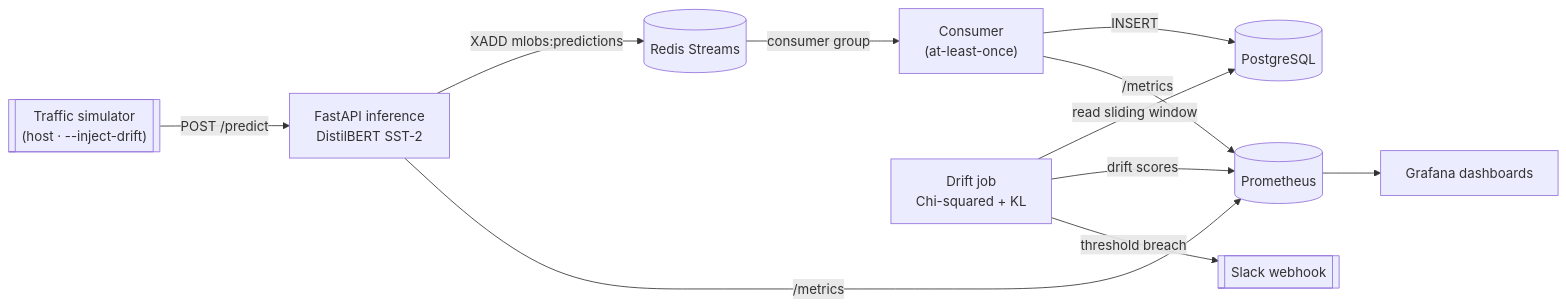
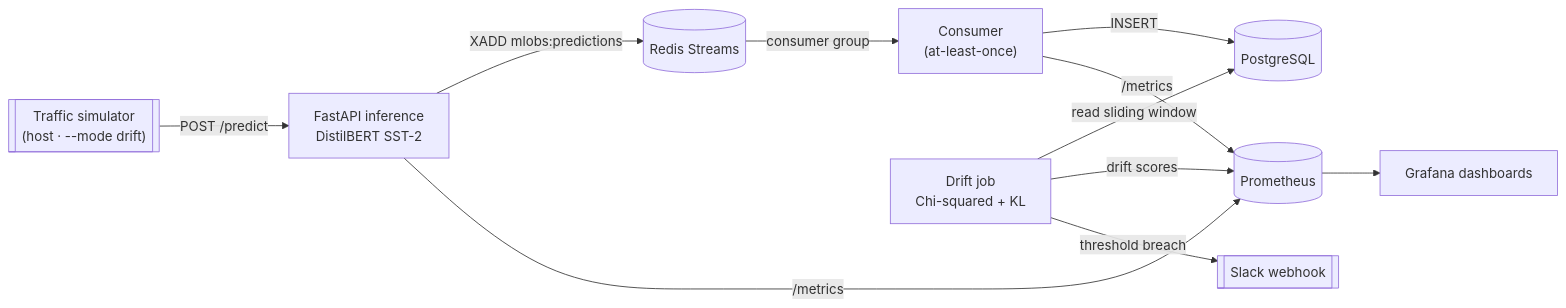
The diagram in README.md (MuratAlkan06/ml-observability-system), drawn with Mermaid before and after one commit. The commit also changed other lines of this file and 18 other files, not shown here.

First line of the commit message:
feat(simulator): S4 traffic simulator + Prometheus/Grafana dashboards (#8)

````diff
--- a/README.md
+++ b/README.md
@@ -13,13 +13,13 @@
 ```mermaid
 flowchart LR
-    sim[["Traffic simulator<br/>(host · --inject-drift)"]] -->|POST /predict| api["FastAPI inference<br/>DistilBERT SST-2"]
+    sim[["Traffic simulator<br/>(host · --mode drift)"]] -->|POST /predict| api["FastAPI inference<br/>DistilBERT SST-2"]
     api -->|XADD mlobs:predictions| redis[("Redis Streams")]
     redis -->|consumer group| consumer["Consumer<br/>(at-least-once)"]
     consumer -->|INSERT| pg[("PostgreSQL")]
     drift["Drift job<br/>Chi-squared + KL"] -->|read sliding window| pg
     drift -->|drift scores| prom[("Prometheus")]
     drift -->|threshold breach| slack[["Slack webhook"]]
     api -->|/metrics| prom
     consumer -->|/metrics| prom
     prom --> graf["Grafana dashboards"]
 ```
````
